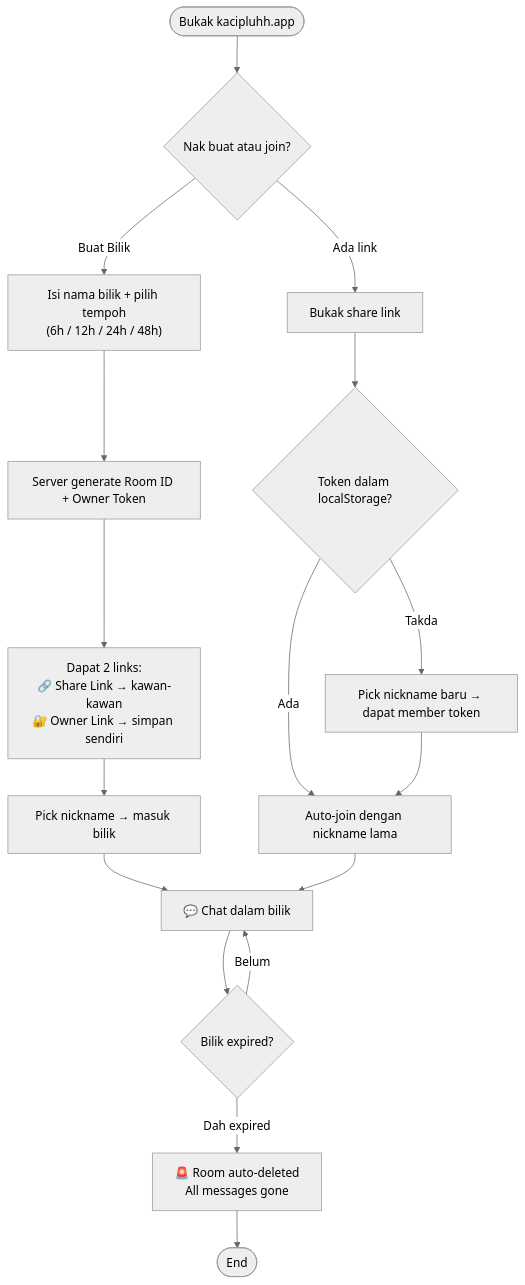
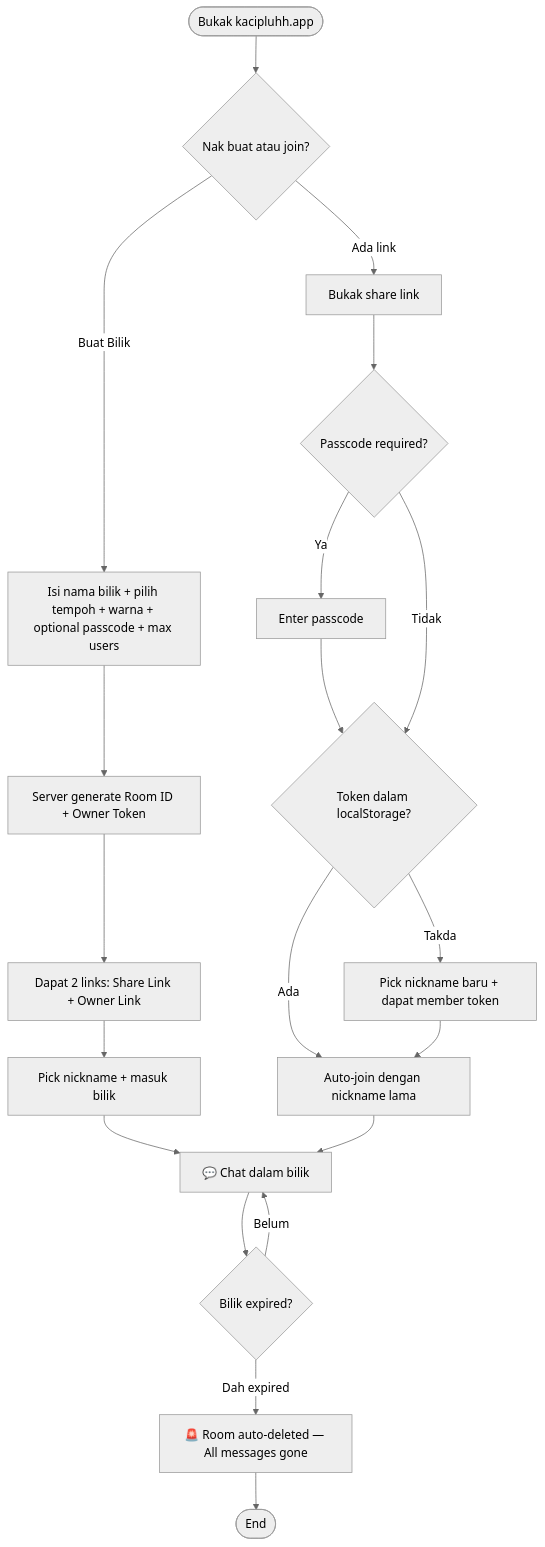
The fourth of 13 diagrams in README.md (snsyaqirah/KacipLuhh), drawn with Mermaid (neutral theme) before and after one commit. The commit also changed other lines of this file, not shown here.

````diff
--- a/README.md
+++ b/README.md
@@ -156,23 +193,26 @@
 ```mermaid
 flowchart TD
     A([Bukak kacipluhh.app]) --> B{Nak buat atau join?}
 
-    B -->|Buat Bilik| C["Isi nama bilik + pilih tempoh\n(6h / 12h / 24h / 48h)"]
+    B -->|Buat Bilik| C["Isi nama bilik + pilih tempoh + warna + optional passcode + max users"]
     C --> D["Server generate Room ID + Owner Token"]
-    D --> E["Dapat 2 links:\n🔗 Share Link → kawan-kawan\n🔐 Owner Link → simpan sendiri"]
-    E --> F["Pick nickname → masuk bilik"]
+    D --> E["Dapat 2 links: Share Link + Owner Link"]
+    E --> F["Pick nickname + masuk bilik"]
 
     B -->|Ada link| G["Bukak share link"]
-    G --> H{Token dalam localStorage?}
-    H -->|Ada| I["Auto-join dengan nickname lama"]
-    H -->|Takda| J["Pick nickname baru → dapat member token"]
-    J --> I
+    G --> H{Passcode required?}
+    H -->|Ya| HP["Enter passcode"]
+    HP --> I
+    H -->|Tidak| I{Token dalam localStorage?}
+    I -->|Ada| J["Auto-join dengan nickname lama"]
+    I -->|Takda| K["Pick nickname baru + dapat member token"]
+    K --> J
 
-    F --> K["💬 Chat dalam bilik"]
-    I --> K
+    F --> L["💬 Chat dalam bilik"]
+    J --> L
 
-    K --> L{Bilik expired?}
-    L -->|Belum| K
-    L -->|Dah expired| M["🚨 Room auto-deleted\nAll messages gone"]
-    M --> N([End])
+    L --> M{Bilik expired?}
+    M -->|Belum| L
+    M -->|Dah expired| N["🚨 Room auto-deleted — All messages gone"]
+    N --> O([End])
 ```
````
